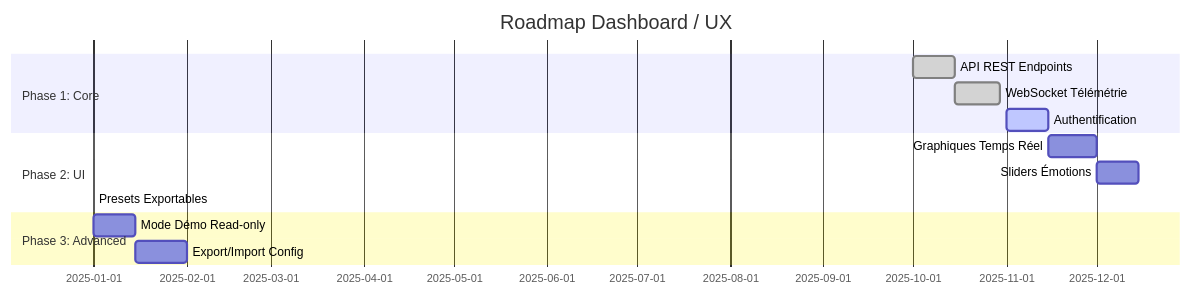
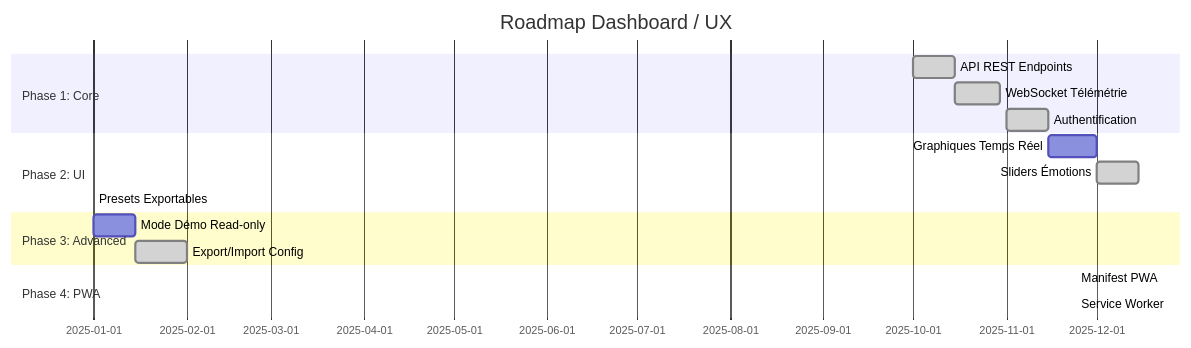
The second of 3 diagrams in docs/dashboard/ROADMAP_DASHBOARD.md (arkalia-luna-system/bbia-sim), drawn with Mermaid before and after one commit. The commit also changed other lines of this file and 8 other files, not shown here.

First line of the commit message:
feat: Implémentation PWA, sliders émotions et presets exportables

````diff
--- a/docs/dashboard/ROADMAP_DASHBOARD.md
+++ b/docs/dashboard/ROADMAP_DASHBOARD.md
@@ -52,19 +52,23 @@
 ```mermaid 📊
 gantt
     title Roadmap Dashboard / UX
     dateFormat  YYYY-MM-DD
     section Phase 1: Core
     API REST Endpoints        :done, api1, 2025-10-01, 2025-10-15
     WebSocket Télémétrie      :done, ws1, 2025-10-15, 2025-10-30
-    Authentification          :active, auth1, 2025-11-01, 2025-11-15
+    Authentification          :done, auth1, 2025-11-01, 2025-11-15
     
     section Phase 2: UI
     Graphiques Temps Réel     :ui1, 2025-11-15, 2025-12-01
-    Sliders Émotions          :ui2, 2025-12-01, 2025-12-15
-    Presets Exportables       :ui3, 2025-12-15, 2025-01-01
+    Sliders Émotions          :done, ui2, 2025-12-01, 2025-12-15
+    Presets Exportables       :done, ui3, 2025-12-15, 2025-01-01
     
     section Phase 3: Advanced
     Mode Démo Read-only       :adv1, 2025-01-01, 2025-01-15
-    Export/Import Config      :adv2, 2025-01-15, 2025-02-01
+    Export/Import Config      :done, adv2, 2025-01-15, 2025-02-01
+    
+    section Phase 4: PWA
+    Manifest PWA              :done, pwa1, 2025-11-24, 2025-11-24
+    Service Worker            :done, pwa2, 2025-11-24, 2025-11-24
 
 ```
````
